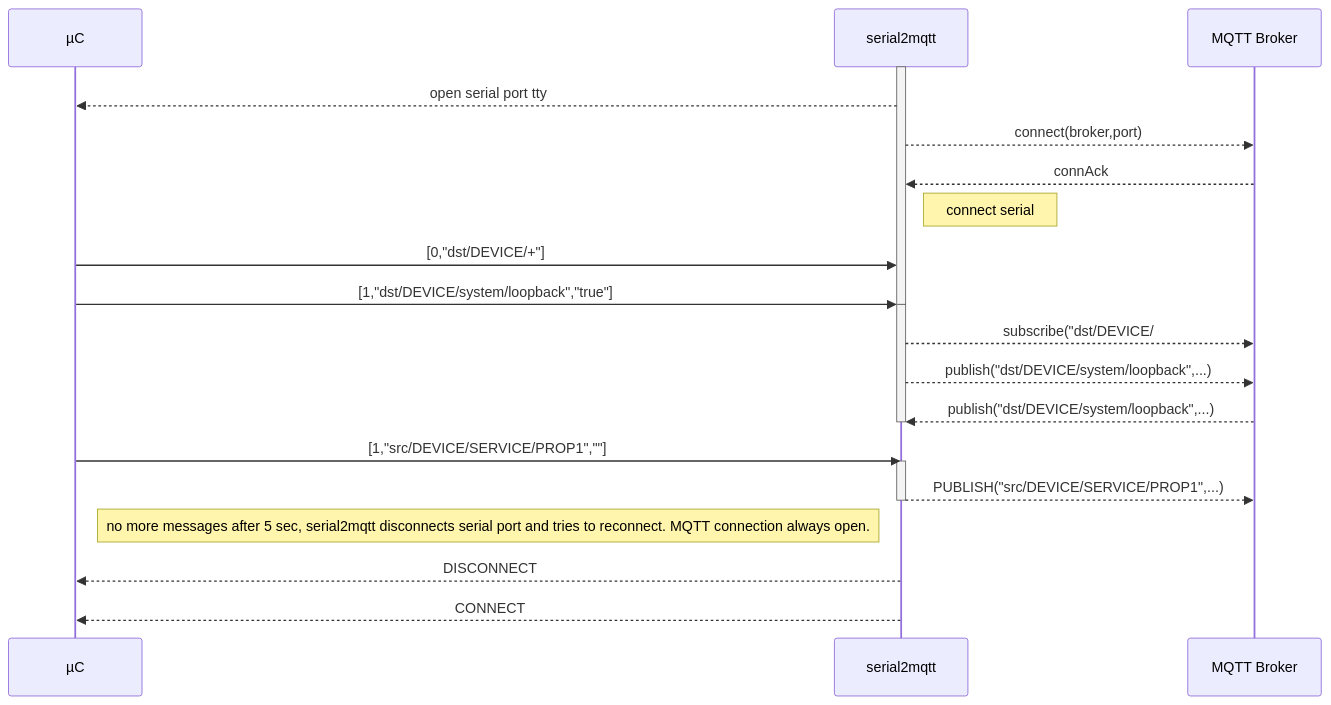
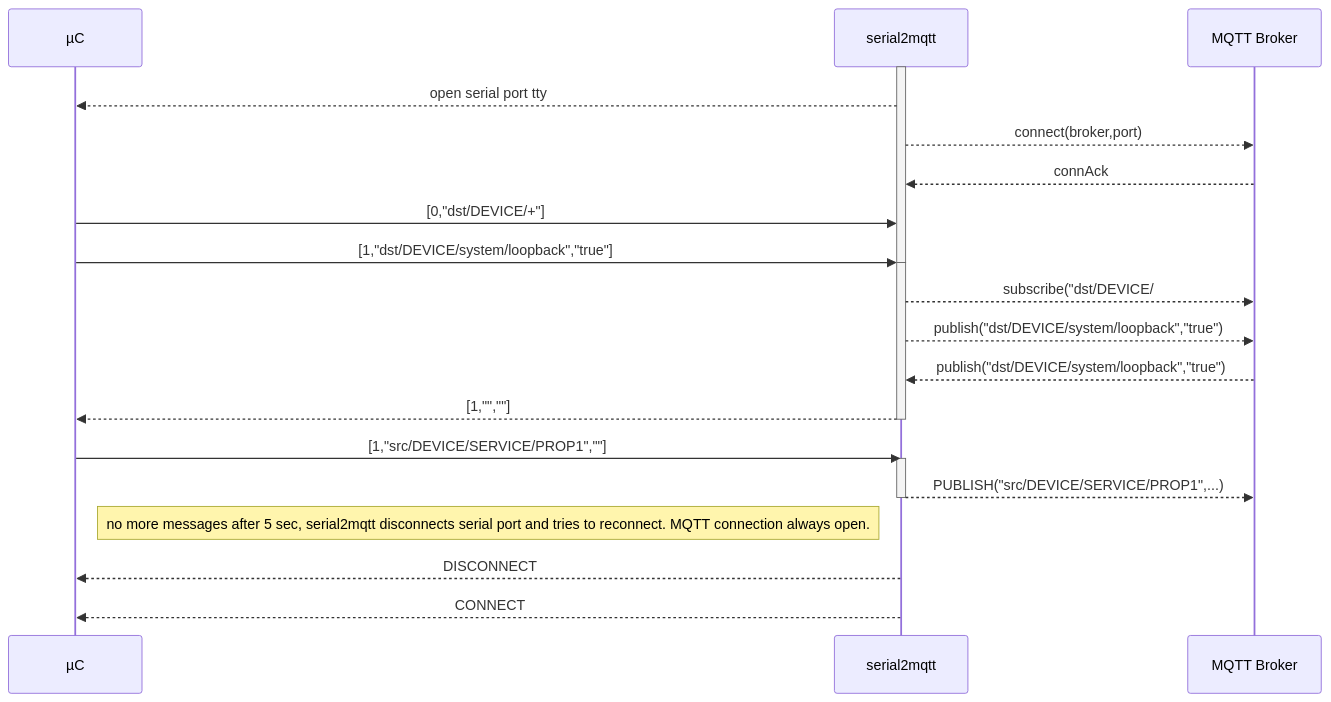
The first of 2 diagrams in README.md (vortex314/serial2mqtt), drawn with Mermaid before and after one commit. The commit also changed other lines of this file, not shown here.

Commit message:
README.md updated from https://stackedit.io/

````diff
--- a/README.md
+++ b/README.md
@@ -63,31 +63,30 @@
 ```mermaid
 sequenceDiagram
 participant µC
 participant serial2mqtt
 participant MQTT Broker
 
 activate serial2mqtt
 serial2mqtt-->>µC: open serial port tty
 serial2mqtt-->>MQTT Broker: connect(broker,port)
 MQTT Broker -->> serial2mqtt: connAck
-Note right of serial2mqtt: connect serial
 µC->> serial2mqtt: [0,"dst/DEVICE/+"]
 µC->> serial2mqtt : [1,"dst/DEVICE/system/loopback","true"]
 deactivate serial2mqtt
 
 activate serial2mqtt
 serial2mqtt-->>MQTT Broker: subscribe("dst/DEVICE/#")
-serial2mqtt-->>MQTT Broker: publish("dst/DEVICE/system/loopback",...)
-MQTT Broker-->>serial2mqtt: publish("dst/DEVICE/system/loopback",...)
-
+serial2mqtt-->>MQTT Broker: publish("dst/DEVICE/system/loopback","true")
+MQTT Broker-->>serial2mqtt: publish("dst/DEVICE/system/loopback","true")
+serial2mqtt-->>µC : [1,"",""]
 deactivate serial2mqtt
 µC->> serial2mqtt: [1,"src/DEVICE/SERVICE/PROP1",""]
 activate serial2mqtt
 
 
 serial2mqtt-->>MQTT Broker:  PUBLISH("src/DEVICE/SERVICE/PROP1",...)
 deactivate serial2mqtt
 Note right of µC: no more messages after 5 sec, serial2mqtt disconnects serial port and tries to reconnect. MQTT connection always open.
 serial2mqtt-->>µC: DISCONNECT
 serial2mqtt-->>µC: CONNECT
 ```
````
